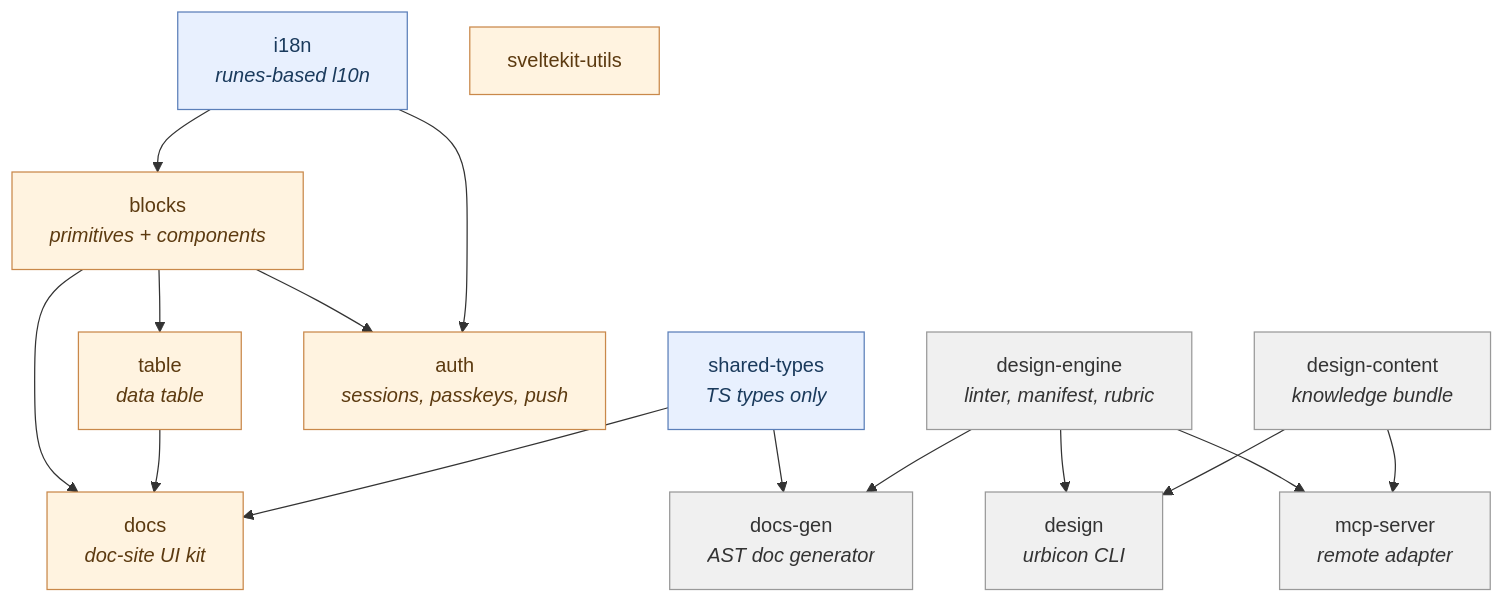
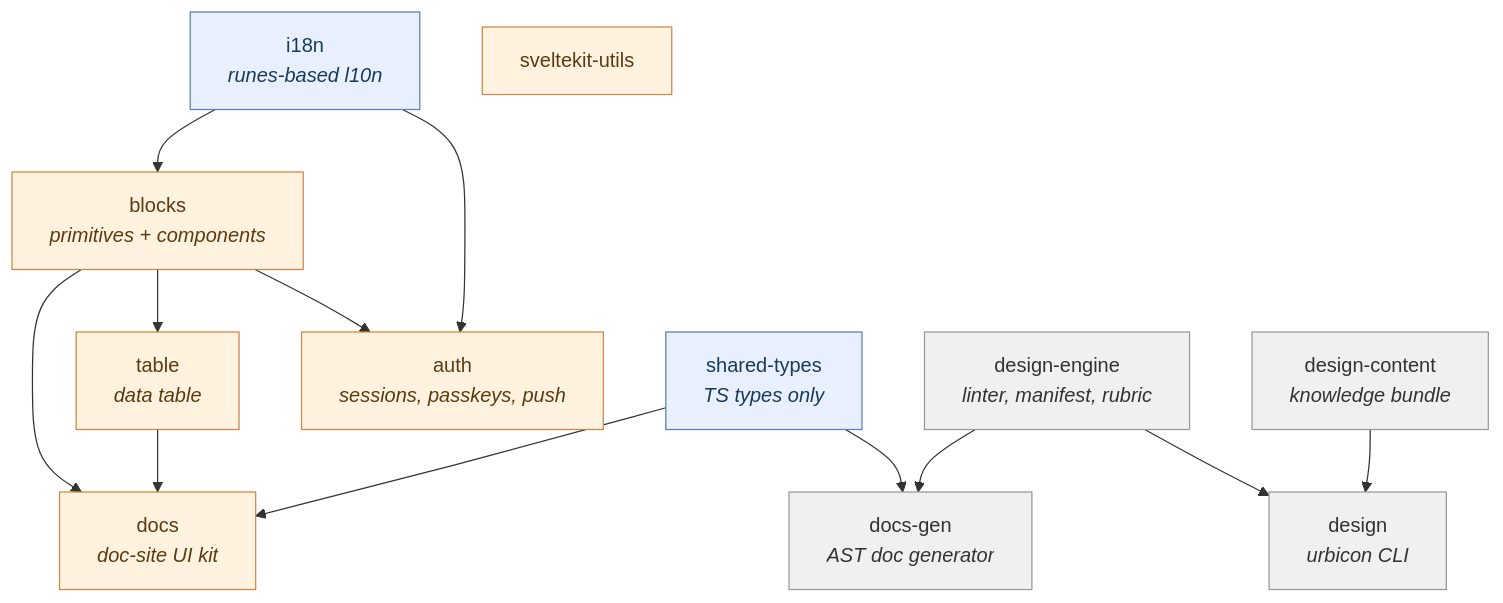
The first of 5 diagrams in docs/ARCHITECTURE.md (urbicon/ui), drawn with Mermaid before and after one commit. The commit also changed other lines of this file and 198 other files, not shown here.

First line of the commit message:
chore!: retire the MCP server, the urbicon CLI is the only consumer surface (#525)

````diff
--- a/docs/ARCHITECTURE.md
+++ b/docs/ARCHITECTURE.md
@@ -33,36 +32,33 @@
 ```mermaid
 graph TD
     ST[shared-types<br/><i>TS types only</i>]
     I18N[i18n<br/><i>runes-based l10n</i>]
     BL[blocks<br/><i>primitives + components</i>]
     TB[table<br/><i>data table</i>]
     AU[auth<br/><i>sessions, passkeys, push</i>]
     SKU[sveltekit-utils]
     DOCS[docs<br/><i>doc-site UI kit</i>]
     DG[docs-gen<br/><i>AST doc generator</i>]
     DE[design-engine<br/><i>linter, manifest, rubric</i>]
     DC[design-content<br/><i>knowledge bundle</i>]
     DES[design<br/><i>urbicon CLI</i>]
-    MCP[mcp-server<br/><i>remote adapter</i>]
 
     I18N --> BL
     BL --> TB
     BL --> AU
     I18N --> AU
     BL --> DOCS
     TB --> DOCS
     ST --> DOCS
     ST --> DG
     DE --> DG
     DE --> DES
     DC --> DES
-    DE --> MCP
-    DC --> MCP
 
     classDef found fill:#e8f0fe,stroke:#5b7fb9,color:#1a3a5c
     classDef lib fill:#fff3e0,stroke:#c9884a,color:#5c3a10
     classDef tool fill:#f0f0f0,stroke:#999,color:#333
     class ST,I18N found
     class BL,TB,AU,SKU,DOCS lib
-    class DG,DE,DC,DES,MCP tool
+    class DG,DE,DC,DES tool
 ```
````
